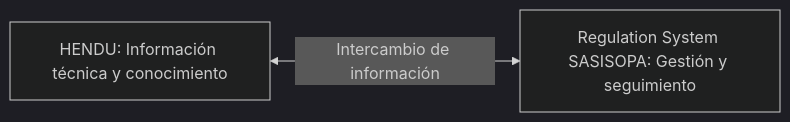
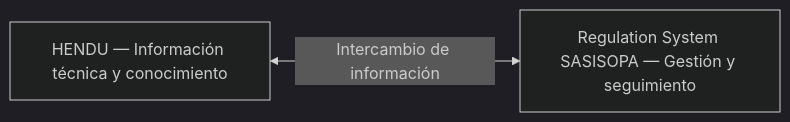
The diagram in README.md (isaiassolis/regulation-system-sasisopa), drawn with Mermaid (dark theme) before and after one commit. The commit also changed other lines of this file, not shown here.

Commit message:
docs: present SASISOPA through first-person technical leadership

````diff
--- a/README.md
+++ b/README.md
@@ -82,6 +79,6 @@
 ```mermaid
 flowchart LR
-    H[HENDU: Información técnica y conocimiento]
-    R[Regulation System SASISOPA: Gestión y seguimiento]
-    H <-->|Intercambio de información| R
+    H[HENDU — Información técnica y conocimiento]
+    S[Regulation System SASISOPA — Gestión y seguimiento]
+    H <-->|Intercambio de información| S
 ```
````
